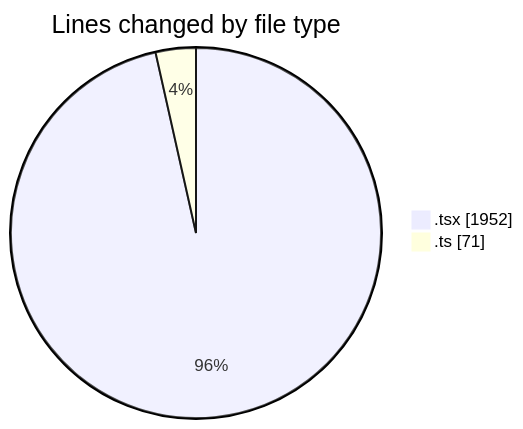
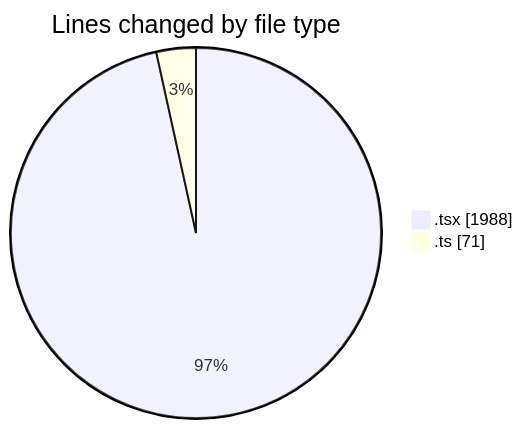
The first of 2 diagrams in 2025-02-11/cda/README.md (momahboobian/code-tracking), drawn with Mermaid before and after one commit. The commit also changed other lines of this file and 1 other file, not shown here.

````diff
--- a/2025-02-11/cda/README.md
+++ b/2025-02-11/cda/README.md
@@ -23,6 +23,6 @@
 ```mermaid
 pie showData
 title Lines changed by file type
-".tsx" : 1952
+".tsx" : 1988
 ".ts" : 71
 ```
````
